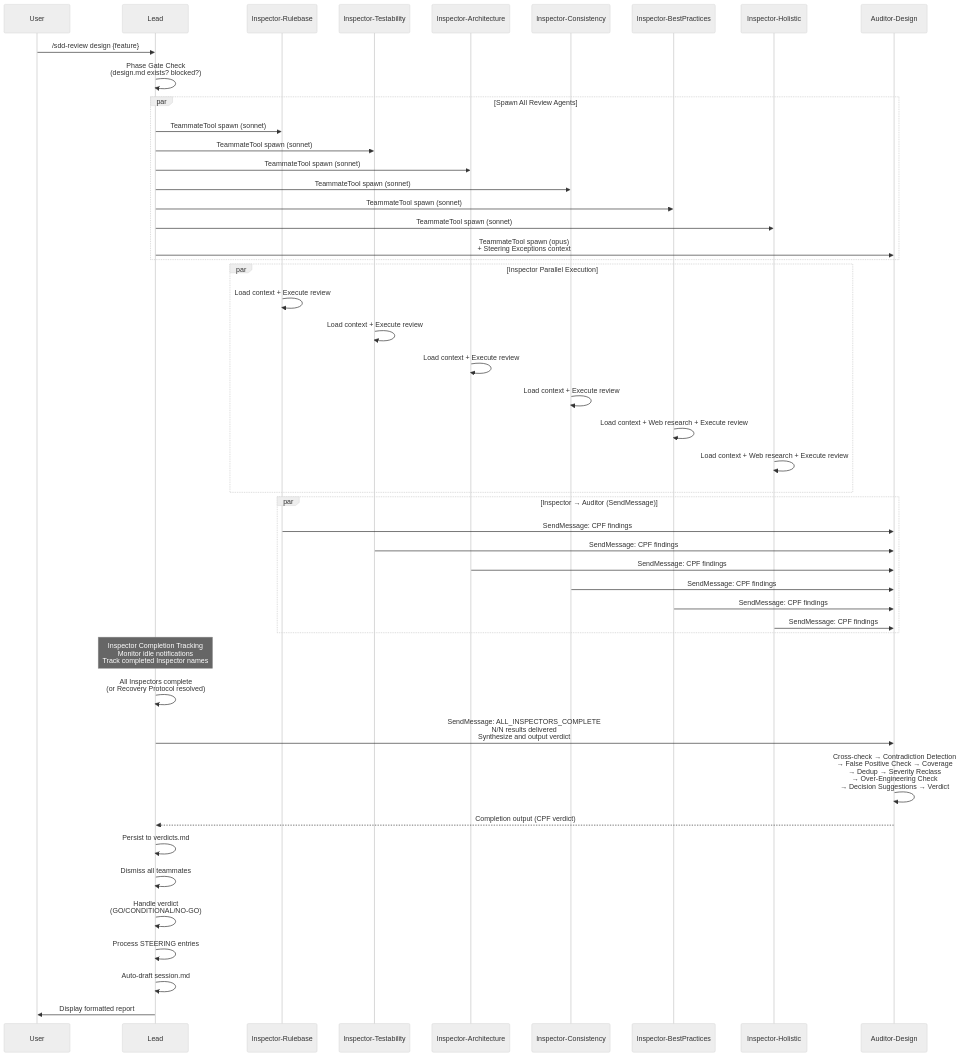
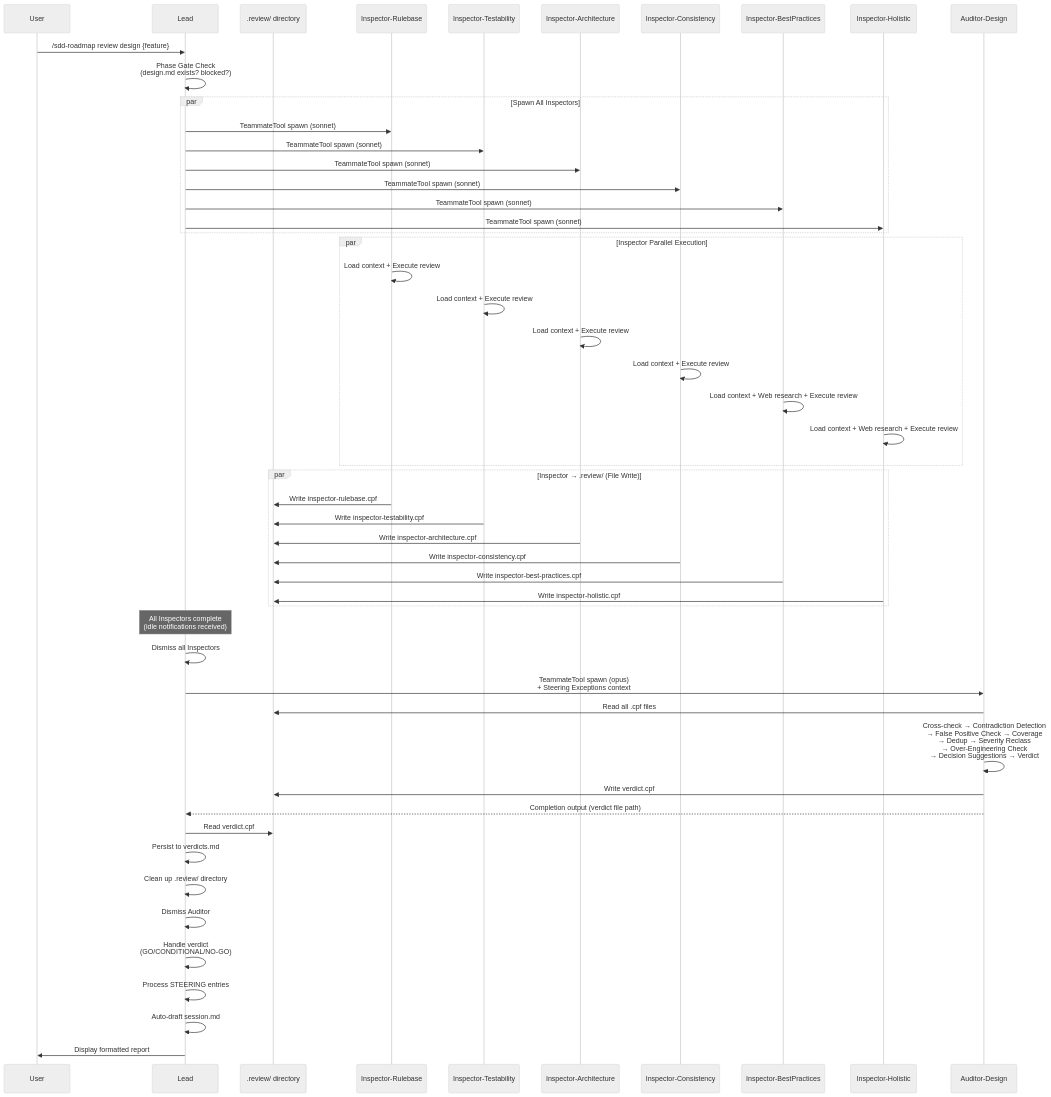
The first of 3 diagrams in .claude/sdd/project/specs/design-review/design.md (sync-dev-org/sync-sdd), drawn with Mermaid (neutral theme) before and after one commit. The commit also changed other lines of this file and 32 other files, not shown here.

````diff
--- a/.claude/sdd/project/specs/design-review/design.md
+++ b/.claude/sdd/project/specs/design-review/design.md
@@ -259,59 +243,63 @@
 ```mermaid
 sequenceDiagram
     participant U as User
     participant L as Lead
+    participant RD as .review/ directory
     participant IR as Inspector-Rulebase
     participant IT as Inspector-Testability
     participant IA as Inspector-Architecture
     participant IC as Inspector-Consistency
     participant IB as Inspector-BestPractices
     participant IH as Inspector-Holistic
     participant A as Auditor-Design
 
-    U->>L: /sdd-review design {feature}
+    U->>L: /sdd-roadmap review design {feature}
     L->>L: Phase Gate Check<br/>(design.md exists? blocked?)
 
-    par Spawn All Review Agents
+    par Spawn All Inspectors
         L->>IR: TeammateTool spawn (sonnet)
         L->>IT: TeammateTool spawn (sonnet)
         L->>IA: TeammateTool spawn (sonnet)
         L->>IC: TeammateTool spawn (sonnet)
         L->>IB: TeammateTool spawn (sonnet)
         L->>IH: TeammateTool spawn (sonnet)
-        L->>A: TeammateTool spawn (opus)<br/>+ Steering Exceptions context
     end
 
     par Inspector Parallel Execution
         IR->>IR: Load context + Execute review
         IT->>IT: Load context + Execute review
         IA->>IA: Load context + Execute review
         IC->>IC: Load context + Execute review
         IB->>IB: Load context + Web research + Execute review
         IH->>IH: Load context + Web research + Execute review
     end
 
-    par Inspector → Auditor (SendMessage)
-        IR->>A: SendMessage: CPF findings
-        IT->>A: SendMessage: CPF findings
-        IA->>A: SendMessage: CPF findings
-        IC->>A: SendMessage: CPF findings
-        IB->>A: SendMessage: CPF findings
-        IH->>A: SendMessage: CPF findings
+    par Inspector → .review/ (File Write)
+        IR->>RD: Write inspector-rulebase.cpf
+        IT->>RD: Write inspector-testability.cpf
+        IA->>RD: Write inspector-architecture.cpf
+        IC->>RD: Write inspector-consistency.cpf
+        IB->>RD: Write inspector-best-practices.cpf
+        IH->>RD: Write inspector-holistic.cpf
     end
 
-    Note over L: Inspector Completion Tracking<br/>Monitor idle notifications<br/>Track completed Inspector names
+    Note over L: All Inspectors complete<br/>(idle notifications received)
 
-    L->>L: All Inspectors complete<br/>(or Recovery Protocol resolved)
-    L->>A: SendMessage: ALL_INSPECTORS_COMPLETE<br/>N/N results delivered<br/>Synthesize and output verdict
+    L->>L: Dismiss all Inspectors
+    L->>A: TeammateTool spawn (opus)<br/>+ Steering Exceptions context
 
+    A->>RD: Read all .cpf files
     A->>A: Cross-check → Contradiction Detection<br/>→ False Positive Check → Coverage<br/>→ Dedup → Severity Reclass<br/>→ Over-Engineering Check<br/>→ Decision Suggestions → Verdict
+    A->>RD: Write verdict.cpf
 
-    A-->>L: Completion output (CPF verdict)
+    A-->>L: Completion output (verdict file path)
 
+    L->>RD: Read verdict.cpf
     L->>L: Persist to verdicts.md
-    L->>L: Dismiss all teammates
+    L->>L: Clean up .review/ directory
+    L->>L: Dismiss Auditor
     L->>L: Handle verdict<br/>(GO/CONDITIONAL/NO-GO)
     L->>L: Process STEERING entries
     L->>L: Auto-draft session.md
     L->>U: Display formatted report
 ```
````
